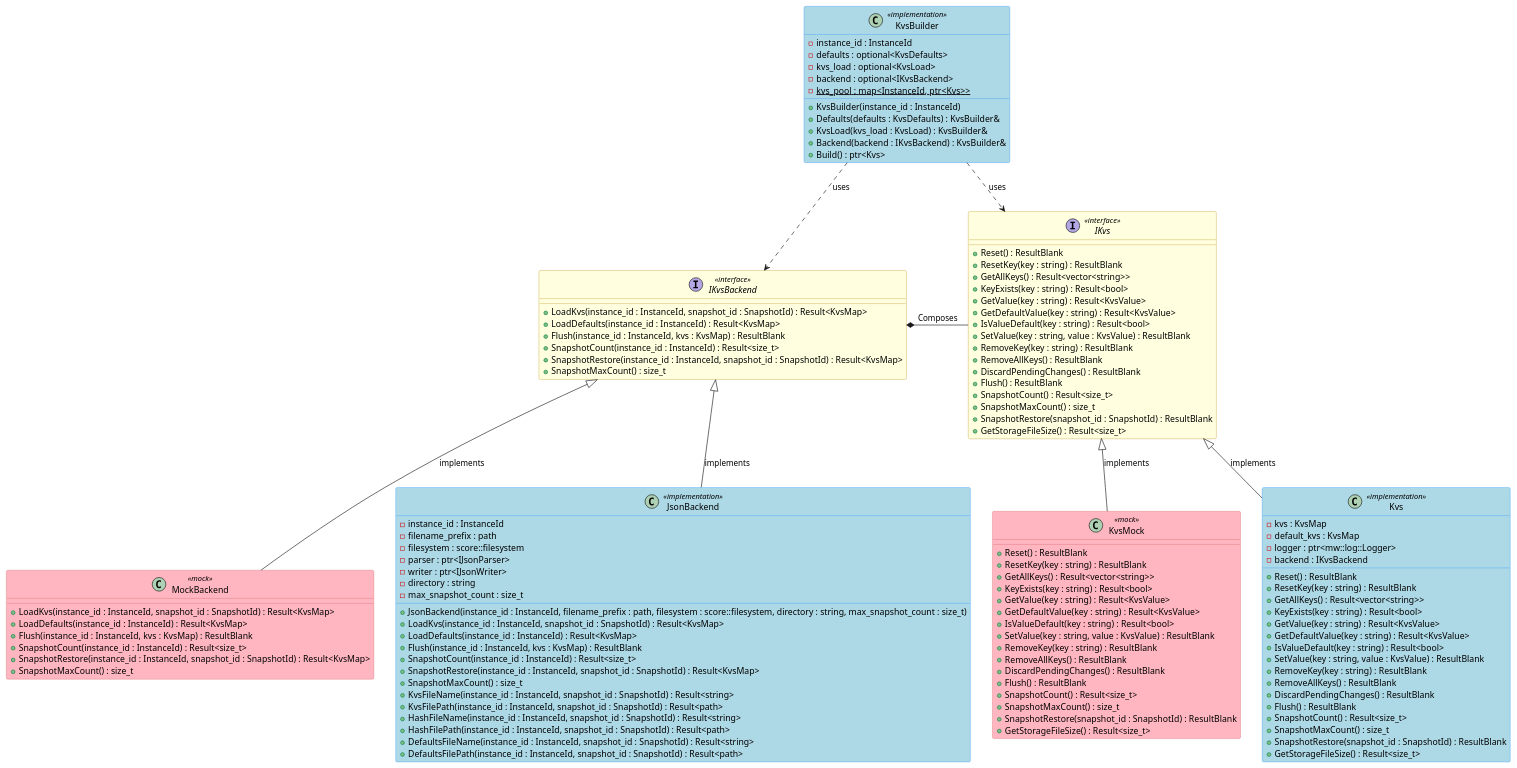
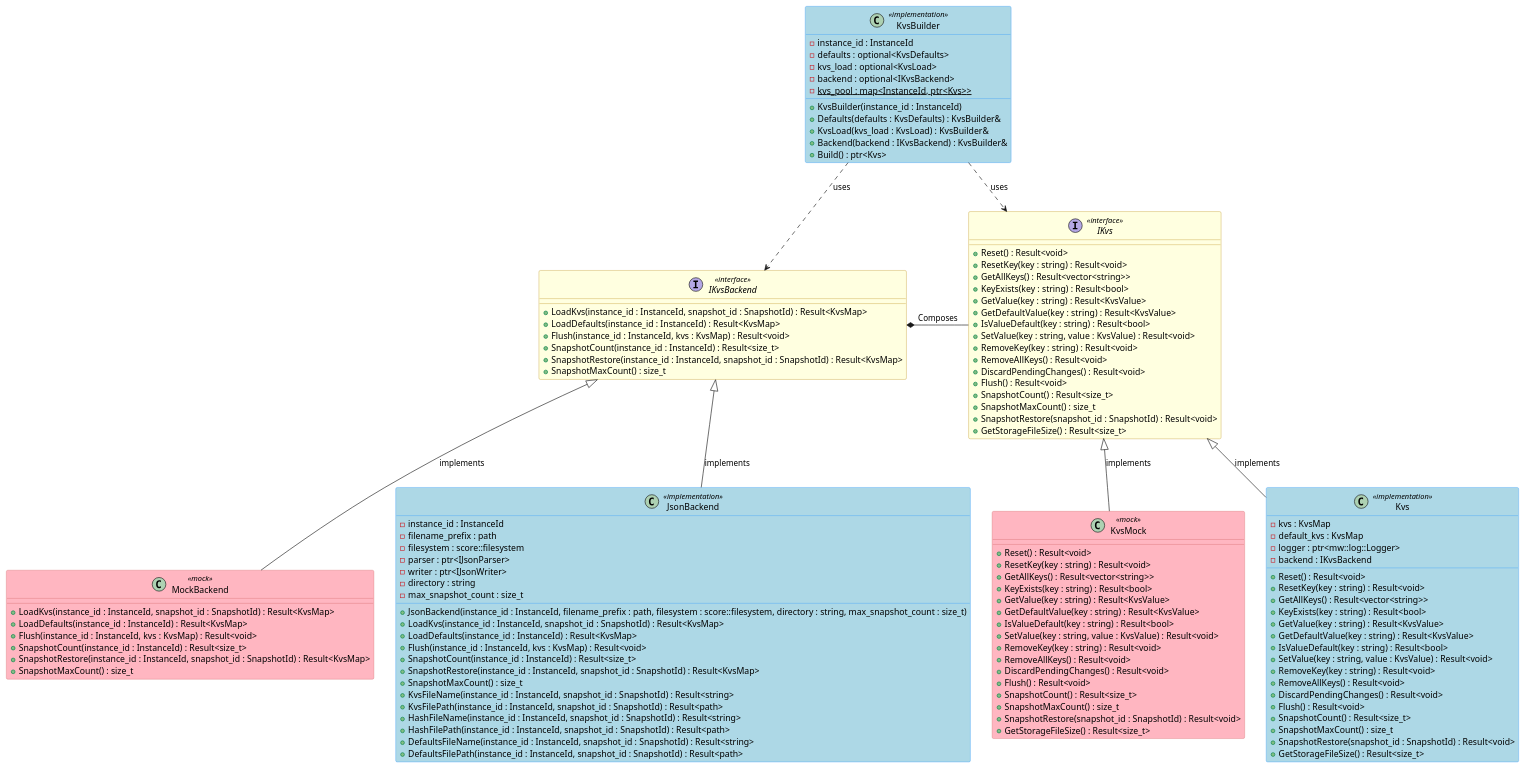
Before and after one commit to esrlabs/inc_mw_per: the diagram in score/kvs/docs/detailed_design/class_diagram_cpp.puml, drawn with PlantUML. The commit also changed 3 other files, not shown here.

```diff
--- a/score/kvs/docs/detailed_design/class_diagram_cpp.puml
+++ b/score/kvs/docs/detailed_design/class_diagram_cpp.puml
@@ -14,146 +14,146 @@
 @startuml ScorePersistencyKvsDesign
 
 skinparam class {
     BackgroundColor<<interface>> LightYellow
     BorderColor<<interface>> DarkGoldenRod
     BackgroundColor<<implementation>> LightBlue
     BorderColor<<implementation>> DodgerBlue
     BackgroundColor<<mock>> LightPink
     BorderColor<<mock>> IndianRed
 }
 
 class KvsBuilder <<implementation>> {
     - instance_id : InstanceId
     - defaults : optional<KvsDefaults>
     - kvs_load : optional<KvsLoad>
     - backend : optional<IKvsBackend>
     - {static} kvs_pool : map<InstanceId, ptr<Kvs>>
     __
     + KvsBuilder(instance_id : InstanceId)
     + Defaults(defaults : KvsDefaults) : KvsBuilder&
     + KvsLoad(kvs_load : KvsLoad) : KvsBuilder&
     + Backend(backend : IKvsBackend) : KvsBuilder&
     + Build() : ptr<Kvs>
 }
 
 interface IKvsBackend <<interface>> {
     + LoadKvs(instance_id : InstanceId, snapshot_id : SnapshotId) : Result<KvsMap>
     + LoadDefaults(instance_id : InstanceId) : Result<KvsMap>
-    + Flush(instance_id : InstanceId, kvs : KvsMap) : ResultBlank
+    + Flush(instance_id : InstanceId, kvs : KvsMap) : Result<void>
     + SnapshotCount(instance_id : InstanceId) : Result<size_t>
     + SnapshotRestore(instance_id : InstanceId, snapshot_id : SnapshotId) : Result<KvsMap>
     + SnapshotMaxCount() : size_t
 }
 
 interface IKvs <<interface>> {
-    + Reset() : ResultBlank
-    + ResetKey(key : string) : ResultBlank
+    + Reset() : Result<void>
+    + ResetKey(key : string) : Result<void>
     + GetAllKeys() : Result<vector<string>>
     + KeyExists(key : string) : Result<bool>
     + GetValue(key : string) : Result<KvsValue>
     + GetDefaultValue(key : string) : Result<KvsValue>
     + IsValueDefault(key : string) : Result<bool>
-    + SetValue(key : string, value : KvsValue) : ResultBlank
-    + RemoveKey(key : string) : ResultBlank
-    + RemoveAllKeys() : ResultBlank
-    + DiscardPendingChanges() : ResultBlank
-    + Flush() : ResultBlank
+    + SetValue(key : string, value : KvsValue) : Result<void>
+    + RemoveKey(key : string) : Result<void>
+    + RemoveAllKeys() : Result<void>
+    + DiscardPendingChanges() : Result<void>
+    + Flush() : Result<void>
     + SnapshotCount() : Result<size_t>
     + SnapshotMaxCount() : size_t
-    + SnapshotRestore(snapshot_id : SnapshotId) : ResultBlank
+    + SnapshotRestore(snapshot_id : SnapshotId) : Result<void>
     + GetStorageFileSize() : Result<size_t>
 }
 
 IKvsBackend -[hidden]right- IKvs
 MockBackend -[hidden]right- JsonBackend
 JsonBackend -[hidden]right- KvsMock
 KvsMock  -[hidden]right- Kvs
 
 class MockBackend <<mock>> {
     + LoadKvs(instance_id : InstanceId, snapshot_id : SnapshotId) : Result<KvsMap>
     + LoadDefaults(instance_id : InstanceId) : Result<KvsMap>
-    + Flush(instance_id : InstanceId, kvs : KvsMap) : ResultBlank
+    + Flush(instance_id : InstanceId, kvs : KvsMap) : Result<void>
     + SnapshotCount(instance_id : InstanceId) : Result<size_t>
     + SnapshotRestore(instance_id : InstanceId, snapshot_id : SnapshotId) : Result<KvsMap>
     + SnapshotMaxCount() : size_t
 }
 
 class JsonBackend <<implementation>> {
     - instance_id : InstanceId
     - filename_prefix : path
     - filesystem : score::filesystem
     - parser : ptr<IJsonParser>
     - writer : ptr<IJsonWriter>
     - directory : string
     - max_snapshot_count : size_t
     __
     + JsonBackend(instance_id : InstanceId, filename_prefix : path, filesystem : score::filesystem, directory : string, max_snapshot_count : size_t)
     + LoadKvs(instance_id : InstanceId, snapshot_id : SnapshotId) : Result<KvsMap>
     + LoadDefaults(instance_id : InstanceId) : Result<KvsMap>
-    + Flush(instance_id : InstanceId, kvs : KvsMap) : ResultBlank
+    + Flush(instance_id : InstanceId, kvs : KvsMap) : Result<void>
     + SnapshotCount(instance_id : InstanceId) : Result<size_t>
     + SnapshotRestore(instance_id : InstanceId, snapshot_id : SnapshotId) : Result<KvsMap>
     + SnapshotMaxCount() : size_t
     + KvsFileName(instance_id : InstanceId, snapshot_id : SnapshotId) : Result<string>
     + KvsFilePath(instance_id : InstanceId, snapshot_id : SnapshotId) : Result<path>
     + HashFileName(instance_id : InstanceId, snapshot_id : SnapshotId) : Result<string>
     + HashFilePath(instance_id : InstanceId, snapshot_id : SnapshotId) : Result<path>
     + DefaultsFileName(instance_id : InstanceId, snapshot_id : SnapshotId) : Result<string>
     + DefaultsFilePath(instance_id : InstanceId, snapshot_id : SnapshotId) : Result<path>
 }
 
 class KvsMock  <<mock>> {
-    + Reset() : ResultBlank
-    + ResetKey(key : string) : ResultBlank
+    + Reset() : Result<void>
+    + ResetKey(key : string) : Result<void>
     + GetAllKeys() : Result<vector<string>>
     + KeyExists(key : string) : Result<bool>
     + GetValue(key : string) : Result<KvsValue>
     + GetDefaultValue(key : string) : Result<KvsValue>
     + IsValueDefault(key : string) : Result<bool>
-    + SetValue(key : string, value : KvsValue) : ResultBlank
-    + RemoveKey(key : string) : ResultBlank
-    + RemoveAllKeys() : ResultBlank
-    + DiscardPendingChanges() : ResultBlank
-    + Flush() : ResultBlank
+    + SetValue(key : string, value : KvsValue) : Result<void>
+    + RemoveKey(key : string) : Result<void>
+    + RemoveAllKeys() : Result<void>
+    + DiscardPendingChanges() : Result<void>
+    + Flush() : Result<void>
     + SnapshotCount() : Result<size_t>
     + SnapshotMaxCount() : size_t
-    + SnapshotRestore(snapshot_id : SnapshotId) : ResultBlank
+    + SnapshotRestore(snapshot_id : SnapshotId) : Result<void>
     + GetStorageFileSize() : Result<size_t>
 }
 
 class Kvs <<implementation>> {
     - kvs : KvsMap
     - default_kvs : KvsMap
     - logger : ptr<mw::log::Logger>
     - backend : IKvsBackend
     __
-    + Reset() : ResultBlank
-    + ResetKey(key : string) : ResultBlank
+    + Reset() : Result<void>
+    + ResetKey(key : string) : Result<void>
     + GetAllKeys() : Result<vector<string>>
     + KeyExists(key : string) : Result<bool>
     + GetValue(key : string) : Result<KvsValue>
     + GetDefaultValue(key : string) : Result<KvsValue>
     + IsValueDefault(key : string) : Result<bool>
-    + SetValue(key : string, value : KvsValue) : ResultBlank
-    + RemoveKey(key : string) : ResultBlank
-    + RemoveAllKeys() : ResultBlank
-    + DiscardPendingChanges() : ResultBlank
-    + Flush() : ResultBlank
+    + SetValue(key : string, value : KvsValue) : Result<void>
+    + RemoveKey(key : string) : Result<void>
+    + RemoveAllKeys() : Result<void>
+    + DiscardPendingChanges() : Result<void>
+    + Flush() : Result<void>
     + SnapshotCount() : Result<size_t>
     + SnapshotMaxCount() : size_t
-    + SnapshotRestore(snapshot_id : SnapshotId) : ResultBlank
+    + SnapshotRestore(snapshot_id : SnapshotId) : Result<void>
     + GetStorageFileSize() : Result<size_t>
 }
 
 ' Relationships
 MockBackend -up-|> IKvsBackend : implements
 JsonBackend -up-|> IKvsBackend : implements
 KvsMock  -up-|> IKvs : implements
 Kvs -up-|> IKvs : implements
 
 ' Dependencies
 KvsBuilder ..> IKvsBackend : uses
 KvsBuilder ..> IKvs : uses
 IKvsBackend *-- IKvs : Composes
 
 @enduml
```
